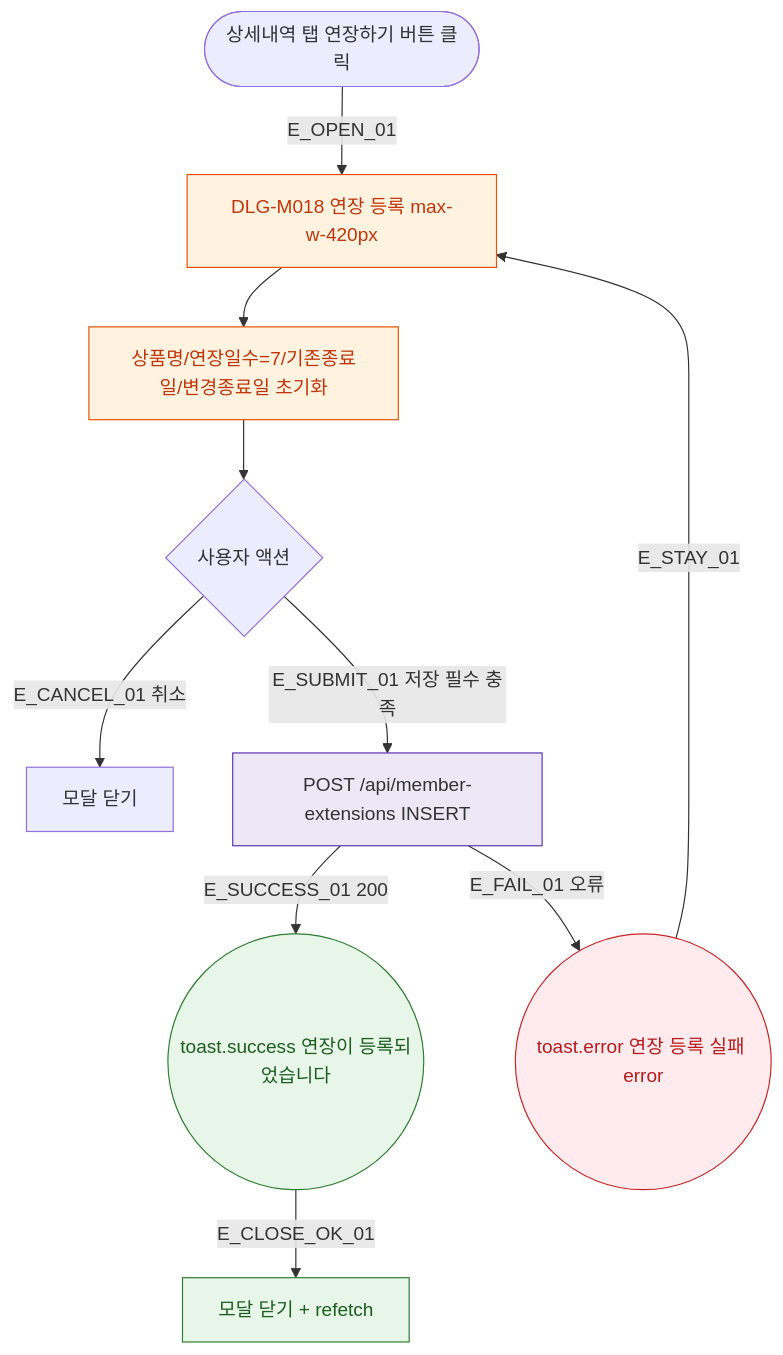
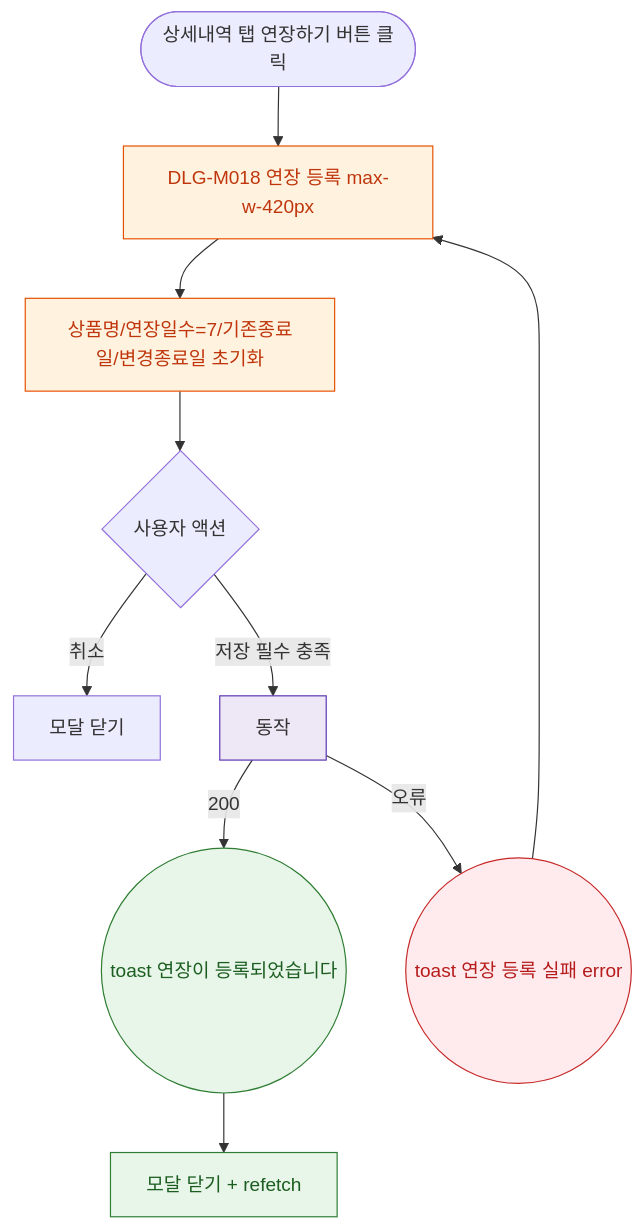
Before and after one commit to dev-spogym/admin-pando: the diagram in docs/다이어그램/D02_회원관리/DLG/DLG-M018_연장등록/M1_생명주기.md, drawn with Mermaid. The commit also changed other lines of this file and 1660 other files, not shown here.

First line of the commit message:
다이어그램: 기획자/클라이언트 납품본으로 정리

````diff
--- a/docs/다이어그램/D02_회원관리/DLG/DLG-M018_연장등록/M1_생명주기.md
+++ b/docs/다이어그램/D02_회원관리/DLG/DLG-M018_연장등록/M1_생명주기.md
@@ -22,28 +20,28 @@
 ```mermaid
 flowchart TD
   TRIGGER([상세내역 탭 연장하기 버튼 클릭])
 
-  TRIGGER -->|E_OPEN_01| DLG_OPEN[DLG-M018 연장 등록 max-w-420px]
+  TRIGGER --> DLG_OPEN[DLG-M018 연장 등록 max-w-420px]
   DLG_OPEN --> INIT[상품명/연장일수=7/기존종료일/변경종료일 초기화]
 
   INIT --> USER_ACT{사용자 액션}
 
-  USER_ACT -->|E_CANCEL_01 취소| CLOSE[모달 닫기]
-  USER_ACT -->|E_SUBMIT_01 저장 필수 충족| API_CALL[POST /api/member-extensions INSERT]
+  USER_ACT -->|취소|CLOSE[모달 닫기]
+  USER_ACT -->|저장 필수 충족|API_CALL[동작]
 
-  API_CALL -->|E_SUCCESS_01 200| TOAST_OK((toast.success 연장이 등록되었습니다))
-  TOAST_OK -->|E_CLOSE_OK_01| POST_OK[모달 닫기 + refetch]
+  API_CALL -->|200|TOAST_OK((toast 연장이 등록되었습니다))
+  TOAST_OK --> POST_OK[모달 닫기 + refetch]
 
-  API_CALL -->|E_FAIL_01 오류| TOAST_ERR((toast.error 연장 등록 실패 error))
-  TOAST_ERR -->|E_STAY_01| DLG_OPEN
+  API_CALL -->|오류|TOAST_ERR((toast 연장 등록 실패 error))
+  TOAST_ERR --> DLG_OPEN
 
-  classDef modal   fill:#FFF3E0,stroke:#E65100,color:#BF360C
+  classDef modal fill:#FFF3E0,stroke:#E65100,color:#BF360C
   classDef success fill:#E8F5E9,stroke:#2E7D32,color:#1B5E20
-  classDef error   fill:#FFEBEE,stroke:#C62828,color:#B71C1C
-  classDef system  fill:#EDE7F6,stroke:#5E35B2
+  classDef error fill:#FFEBEE,stroke:#C62828,color:#B71C1C
+  classDef system fill:#EDE7F6,stroke:#5E35B2
 
   class DLG_OPEN,INIT modal
   class TOAST_OK,POST_OK success
   class TOAST_ERR error
   class API_CALL system
 ```
````
